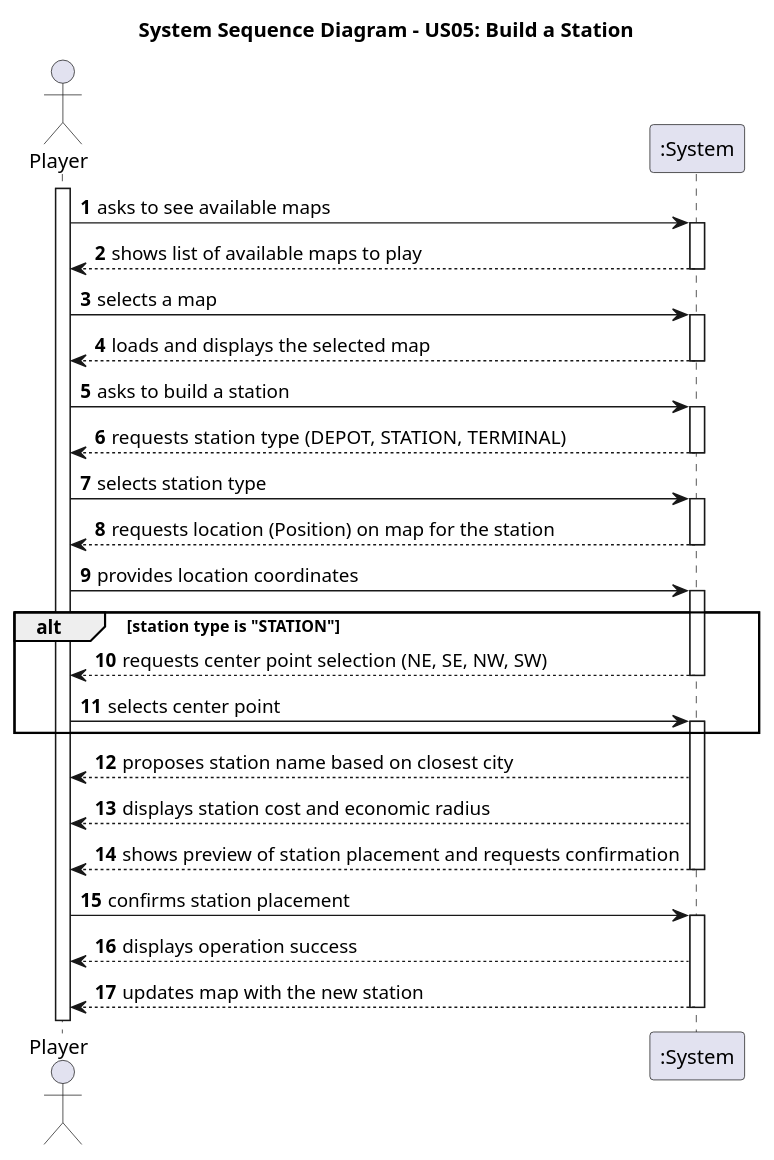
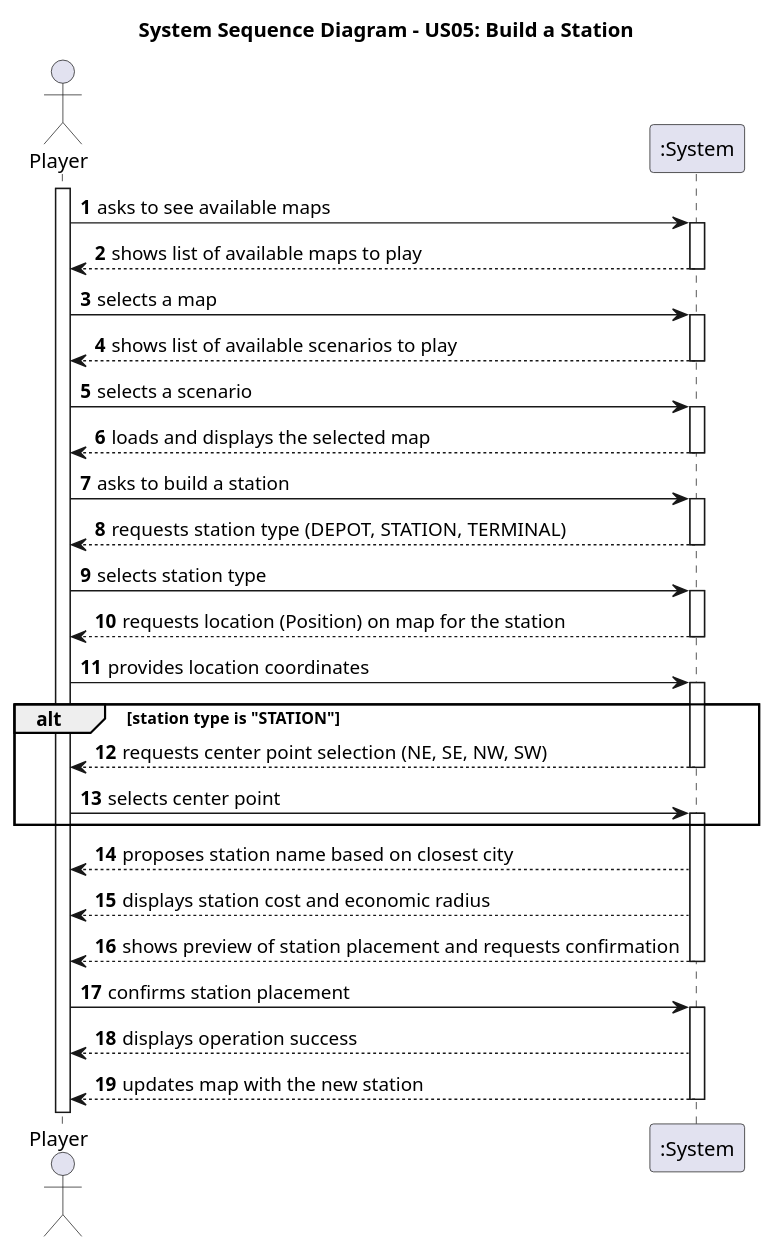
Before and after one commit to HenriqueSilva18/Railway-Network-Simulator: the diagram in docs/system-documentation/Sprint 2/US05/01.requirements-engineering/puml/US05-SSD.puml, drawn with PlantUML. The commit also changed 14 other files, not shown here.

```diff
--- a/docs/system-documentation/Sprint 2/US05/01.requirements-engineering/puml/US05-SSD.puml
+++ b/docs/system-documentation/Sprint 2/US05/01.requirements-engineering/puml/US05-SSD.puml
@@ -1,59 +1,60 @@
 @startuml
 autonumber
 
 title "System Sequence Diagram - US05: Build a Station"
 
 
 actor "Player" as Player
 participant ":System" as System
 
 activate Player
-
-Player -> System : asks to see available maps
+Player -> System: asks to see available maps
+activate System
+System --> Player: shows list of available maps to play
+deactivate System
+Player -> System: selects a map
+activate System
+System --> Player: shows list of available scenarios to play
+deactivate System
+Player -> System : selects a scenario
 activate System
 
-System --> Player: shows list of available maps to play
-deactivate System
-
-Player -> System: selects a map
-
-activate System
 System --> Player: loads and displays the selected map
 deactivate System
 
 Player -> System: asks to build a station
 
 activate System
 System --> Player: requests station type (DEPOT, STATION, TERMINAL)
 deactivate System
 
 Player -> System: selects station type
 
 activate System
 System --> Player: requests location (Position) on map for the station
 deactivate System
 
 Player -> System: provides location coordinates
 
 activate System
 alt station type is "STATION"
     System --> Player: requests center point selection (NE, SE, NW, SW)
     deactivate System
 
     Player -> System: selects center point
     activate System
 end
 
 System --> Player: proposes station name based on closest city
 System --> Player: displays station cost and economic radius
 System --> Player: shows preview of station placement and requests confirmation
 deactivate System
 
 Player -> System: confirms station placement
 
 activate System
 System --> Player: displays operation success
 System --> Player: updates map with the new station
 deactivate System
 
 @enduml
```
